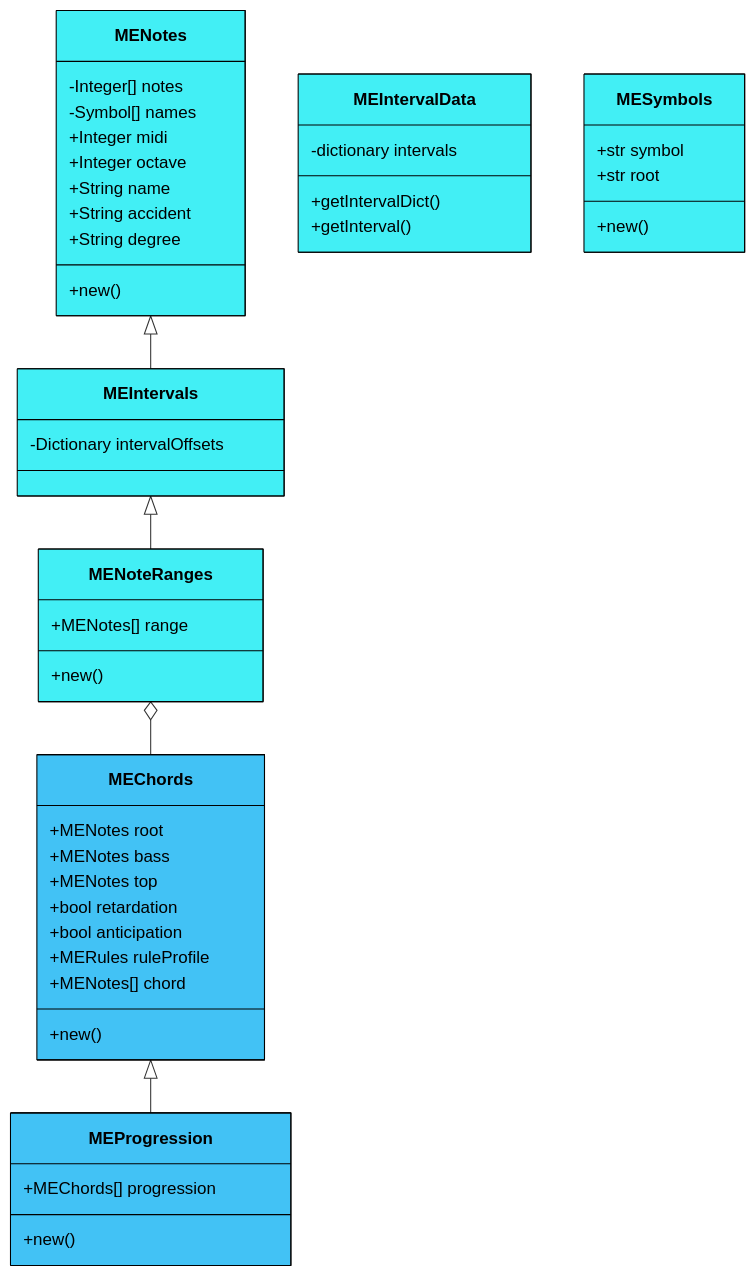
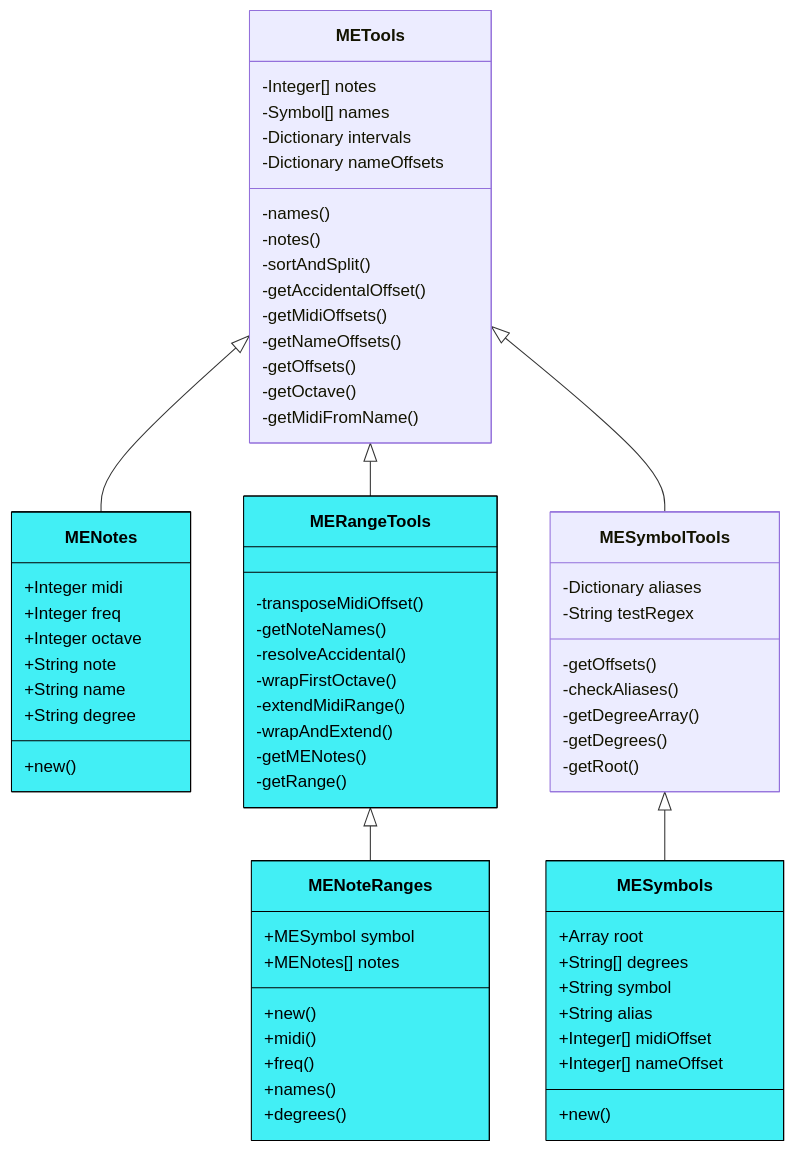
The diagram in README.md (iamsiriil/sc_musicengine), drawn with Mermaid before and after one commit.

Commit message:
readme update

````diff
--- a/README.md
+++ b/README.md
@@ -65,56 +65,77 @@
 ```mermaid
 classDiagram
-    MENotes <|-- MEIntervals
-    MEIntervals <|-- MENoteRanges
-    MENoteRanges o-- MEChords
-    MEChords <|-- MEProgression
-    class MENotes:::musicengine {
+    METools <|-- MENotes
+    METools <|-- MERangeTools
+    METools <|-- MESymbolTools
+    MERangeTools <|-- MENoteRanges
+    MESymbolTools <|-- MESymbols
+
+    class METools:::musicEngine {
         -Integer[] notes
         -Symbol[] names
+        -Dictionary intervals
+        -Dictionary nameOffsets
+        -names()
+        -notes()
+        -sortAndSplit()
+        -getAccidentalOffset()
+        -getMidiOffsets()
+        -getNameOffsets()
+        -getOffsets()
+        -getOctave()
+        -getMidiFromName()
+    }
+
+    class MENotes:::musicengine {
         +Integer midi
+        +Integer freq
         +Integer octave
+        +String note
         +String name
-        +String accident
         +String degree
         +new()
     }
-
-    class MEIntervals:::musicengine {
-        -Dictionary intervalOffsets
+    class MERangeTools:::musicengine {
+        -transposeMidiOffset()
+        -getNoteNames()
+        -resolveAccidental()
+        -wrapFirstOctave()
+        -extendMidiRange()
+        -wrapAndExtend()
+        -getMENotes()
+        -getRange()
     }
 
     class MENoteRanges:::musicengine {
-        +MENotes[] range
+        +MESymbol symbol
+        +MENotes[] notes
+        +new()
+        +midi()
+        +freq()
+        +names()
+        +degrees()
+    }
+
+    class MESymbolTools:::musicEngine {
+        -Dictionary aliases
+        -String testRegex
+        -getOffsets()
+        -checkAliases()
+        -getDegreeArray()
+        -getDegrees()
+        -getRoot()
+    }
+
+    class MESymbols:::musicengine {
+        +Array root
+        +String[] degrees
+        +String symbol
+        +String alias
+        +Integer[] midiOffset
+        +Integer[] nameOffset 
         +new()
     }
 
-    class MEIntervalData:::musicengine {
-        -dictionary intervals
-        +getIntervalDict()
-        +getInterval()
-    }
-
-    class MESymbols:::musicengine {
-        +str symbol
-        +str root
-        +new()
-    }
-
-    class MEChords:::harmonizer {
-        +MENotes root
-        +MENotes bass
-        +MENotes top
-        +bool retardation
-        +bool anticipation
-        +MERules ruleProfile
-        +MENotes[] chord
-        +new()
-    }
-
-    class MEProgression:::harmonizer {
-        +MEChords[] progression
-        +new()
-    }
     classDef musicengine fill:#42eff5,stroke:#000, color:#000
     classDef harmonizer fill:#42c2f5,stroke:#000, color:#000
 ```
````
